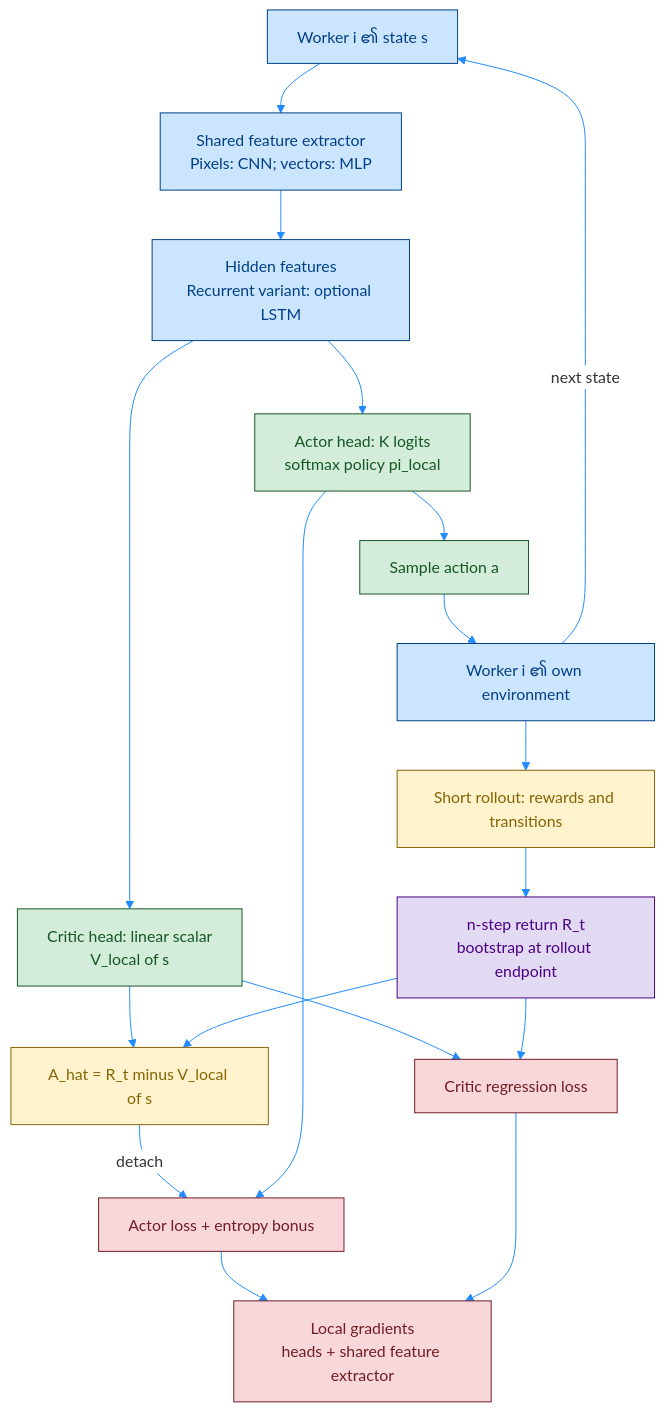
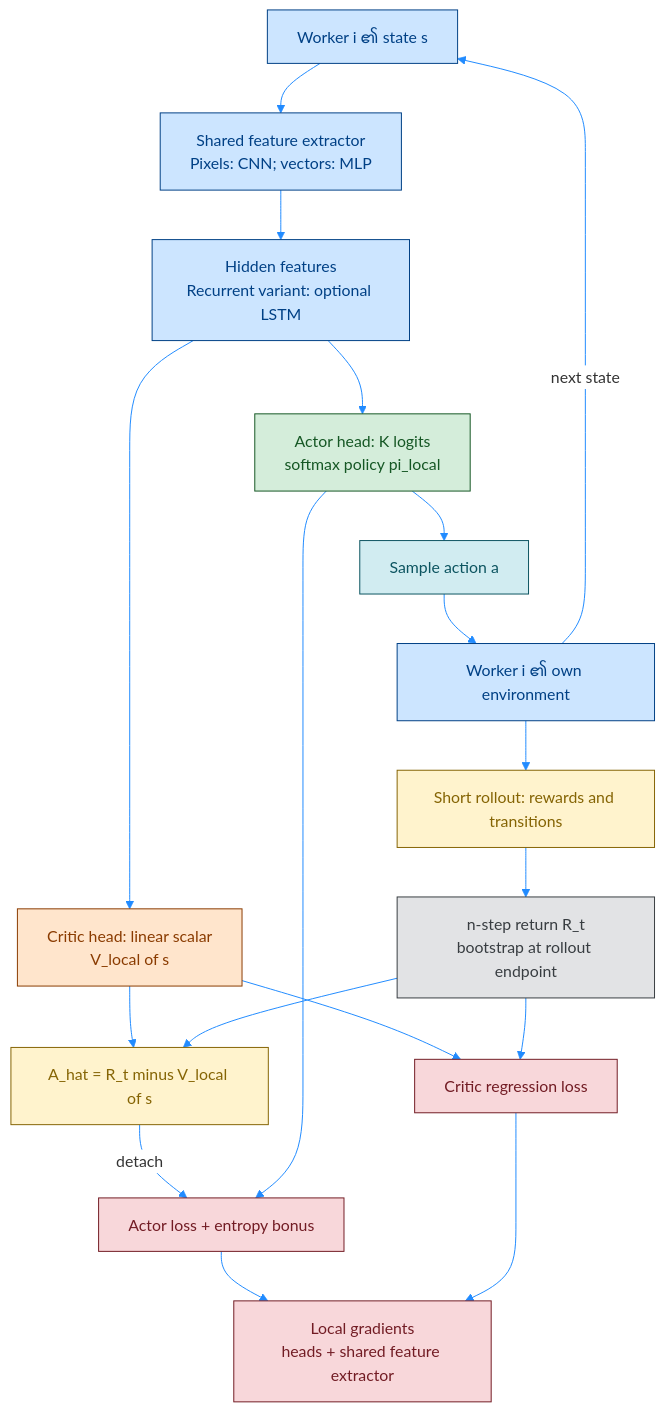
One commit to Open-Source-Robotics-For-Myanmar/rl changed the first of 3 diagrams in Day81 RL python/02_Miguel Morales - Grokking Deep Reinforcement Learning/02_rl_with_dl/rom_photos/08_1_PB_actor-critic_A3C.md. Above: the diagram before and after it, drawn with Mermaid. The commit also changed other lines of this file and 12 other files, not shown here.

````diff
--- a/Day81 RL python/02_Miguel Morales - Grokking Deep Reinforcement Learning/02_rl_with_dl/rom_photos/08_1_PB_actor-critic_A3C.md
+++ b/Day81 RL python/02_Miguel Morales - Grokking Deep Reinforcement Learning/02_rl_with_dl/rom_photos/08_1_PB_actor-critic_A3C.md
@@ -22,32 +39,37 @@
 ```mermaid
 %%{init: {'theme': 'base', 'themeVariables': { 'primaryColor': '#ffffff', 'lineColor': '#218bff'}}}%%
 flowchart TD
     S["Worker i ၏ state s"] --> F["Shared feature extractor<br/>Pixels: CNN; vectors: MLP"]
     F --> M["Hidden features<br/>Recurrent variant: optional LSTM"]
     M --> P["Actor head: K logits<br/>softmax policy pi_local"]
     M --> V["Critic head: linear scalar<br/>V_local of s"]
     P --> A["Sample action a"]
     A --> E["Worker i ၏ own environment"]
     E -->|"next state"| S
     E --> B["Short rollout: rewards and transitions"]
     B --> R["n-step return R_t<br/>bootstrap at rollout endpoint"]
     V --> ADV["A_hat = R_t minus V_local of s"]
     R --> ADV
     ADV -->|"detach"| LP["Actor loss + entropy bonus"]
     P --> LP
     V --> LV["Critic regression loss"]
     R --> LV
     LP --> GR["Local gradients<br/>heads + shared feature extractor"]
     LV --> GR
 
     classDef data fill:#cce5ff,stroke:#004085,stroke-width:1px,color:#004085;
-    classDef network fill:#d4edda,stroke:#155724,stroke-width:1px,color:#155724;
     classDef batch fill:#fff3cd,stroke:#856404,stroke-width:1px,color:#856404;
-    classDef target fill:#e2d9f3,stroke:#4b0082,stroke-width:1px,color:#4b0082;
     classDef train fill:#f8d7da,stroke:#721c24,stroke-width:1px,color:#721c24;
+    classDef process fill:#d1ecf1,stroke:#0c5460,stroke-width:1px,color:#0c5460;
+    classDef result fill:#e2e3e5,stroke:#383d41,stroke-width:1px,color:#383d41;
+    classDef policyNetwork fill:#d4edda,stroke:#155724,stroke-width:1px,color:#155724;
+    classDef valueNetwork fill:#ffe5cc,stroke:#8a3b00,stroke-width:1px,color:#8a3b00;
+
     class S,F,M,E data;
-    class P,V,A network;
     class B,ADV batch;
-    class R target;
     class LP,LV,GR train;
+    class A process;
+    class R result;
+    class P policyNetwork;
+    class V valueNetwork;
 ```
````
